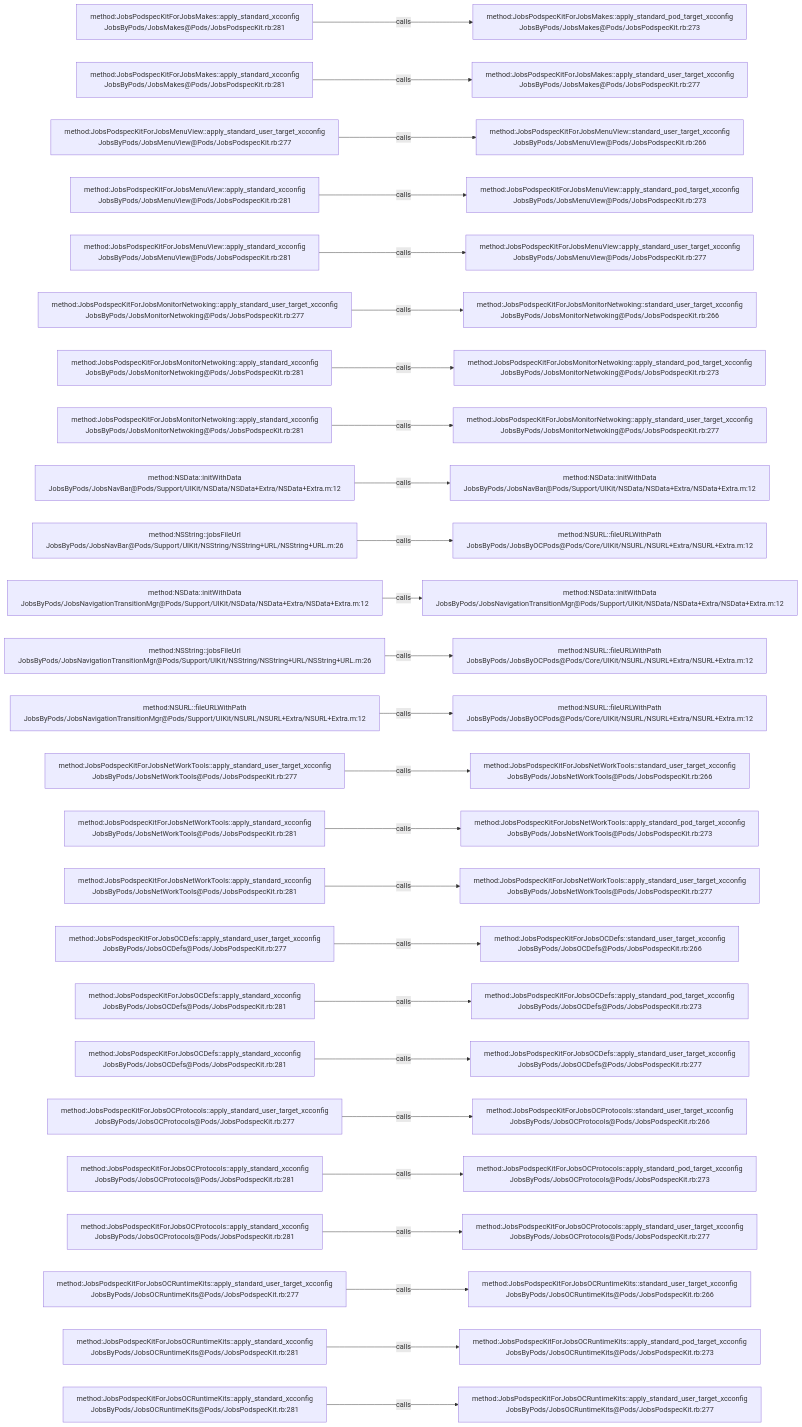
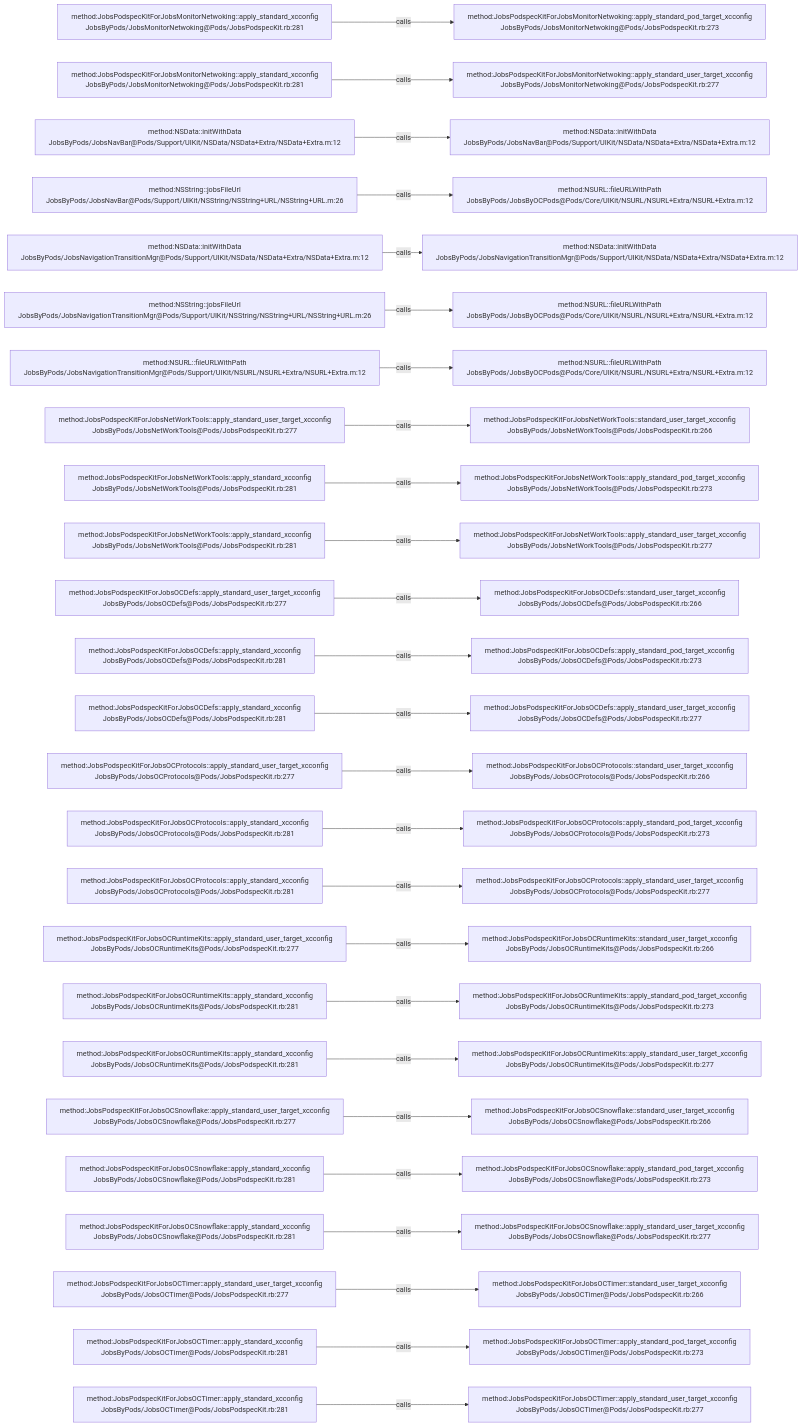
The diagram in .codegraph/codegraph.md/graphs/calls-006.md (JobsKits/JobsOCBaseConfigDemo), drawn with Mermaid before and after one commit. The commit also changed 666 other files, not shown here.

````diff
--- a/.codegraph/codegraph.md/graphs/calls-006.md
+++ b/.codegraph/codegraph.md/graphs/calls-006.md
@@ -13,78 +13,78 @@
 ```mermaid
 flowchart LR
-  S1["method:JobsPodspecKitForJobsMakes::apply_standard_xcconfig<br/>JobsByPods/JobsMakes@Pods/JobsPodspecKit.rb:281"]
-  T1["method:JobsPodspecKitForJobsMakes::apply_standard_pod_target_xcconfig<br/>JobsByPods/JobsMakes@Pods/JobsPodspecKit.rb:273"]
+  S1["method:JobsPodspecKitForJobsMonitorNetwoking::apply_standard_xcconfig<br/>JobsByPods/JobsMonitorNetwoking@Pods/JobsPodspecKit.rb:281"]
+  T1["method:JobsPodspecKitForJobsMonitorNetwoking::apply_standard_pod_target_xcconfig<br/>JobsByPods/JobsMonitorNetwoking@Pods/JobsPodspecKit.rb:273"]
   S1 -->|calls| T1
-  S2["method:JobsPodspecKitForJobsMakes::apply_standard_xcconfig<br/>JobsByPods/JobsMakes@Pods/JobsPodspecKit.rb:281"]
-  T2["method:JobsPodspecKitForJobsMakes::apply_standard_user_target_xcconfig<br/>JobsByPods/JobsMakes@Pods/JobsPodspecKit.rb:277"]
+  S2["method:JobsPodspecKitForJobsMonitorNetwoking::apply_standard_xcconfig<br/>JobsByPods/JobsMonitorNetwoking@Pods/JobsPodspecKit.rb:281"]
+  T2["method:JobsPodspecKitForJobsMonitorNetwoking::apply_standard_user_target_xcconfig<br/>JobsByPods/JobsMonitorNetwoking@Pods/JobsPodspecKit.rb:277"]
   S2 -->|calls| T2
-  S3["method:JobsPodspecKitForJobsMenuView::apply_standard_user_target_xcconfig<br/>JobsByPods/JobsMenuView@Pods/JobsPodspecKit.rb:277"]
-  T3["method:JobsPodspecKitForJobsMenuView::standard_user_target_xcconfig<br/>JobsByPods/JobsMenuView@Pods/JobsPodspecKit.rb:266"]
+  S3["method:NSData::initWithData<br/>JobsByPods/JobsNavBar@Pods/Support/UIKit/NSData/NSData+Extra/NSData+Extra.m:12"]
+  T3["method:NSData::initWithData<br/>JobsByPods/JobsNavBar@Pods/Support/UIKit/NSData/NSData+Extra/NSData+Extra.m:12"]
   S3 -->|calls| T3
-  S4["method:JobsPodspecKitForJobsMenuView::apply_standard_xcconfig<br/>JobsByPods/JobsMenuView@Pods/JobsPodspecKit.rb:281"]
-  T4["method:JobsPodspecKitForJobsMenuView::apply_standard_pod_target_xcconfig<br/>JobsByPods/JobsMenuView@Pods/JobsPodspecKit.rb:273"]
+  S4["method:NSString::jobsFileUrl<br/>JobsByPods/JobsNavBar@Pods/Support/UIKit/NSString/NSString+URL/NSString+URL.m:26"]
+  T4["method:NSURL::fileURLWithPath<br/>JobsByPods/JobsByOCPods@Pods/Core/UIKit/NSURL/NSURL+Extra/NSURL+Extra.m:12"]
   S4 -->|calls| T4
-  S5["method:JobsPodspecKitForJobsMenuView::apply_standard_xcconfig<br/>JobsByPods/JobsMenuView@Pods/JobsPodspecKit.rb:281"]
-  T5["method:JobsPodspecKitForJobsMenuView::apply_standard_user_target_xcconfig<br/>JobsByPods/JobsMenuView@Pods/JobsPodspecKit.rb:277"]
+  S5["method:NSData::initWithData<br/>JobsByPods/JobsNavigationTransitionMgr@Pods/Support/UIKit/NSData/NSData+Extra/NSData+Extra.m:12"]
+  T5["method:NSData::initWithData<br/>JobsByPods/JobsNavigationTransitionMgr@Pods/Support/UIKit/NSData/NSData+Extra/NSData+Extra.m:12"]
   S5 -->|calls| T5
-  S6["method:JobsPodspecKitForJobsMonitorNetwoking::apply_standard_user_target_xcconfig<br/>JobsByPods/JobsMonitorNetwoking@Pods/JobsPodspecKit.rb:277"]
-  T6["method:JobsPodspecKitForJobsMonitorNetwoking::standard_user_target_xcconfig<br/>JobsByPods/JobsMonitorNetwoking@Pods/JobsPodspecKit.rb:266"]
+  S6["method:NSString::jobsFileUrl<br/>JobsByPods/JobsNavigationTransitionMgr@Pods/Support/UIKit/NSString/NSString+URL/NSString+URL.m:26"]
+  T6["method:NSURL::fileURLWithPath<br/>JobsByPods/JobsByOCPods@Pods/Core/UIKit/NSURL/NSURL+Extra/NSURL+Extra.m:12"]
   S6 -->|calls| T6
-  S7["method:JobsPodspecKitForJobsMonitorNetwoking::apply_standard_xcconfig<br/>JobsByPods/JobsMonitorNetwoking@Pods/JobsPodspecKit.rb:281"]
-  T7["method:JobsPodspecKitForJobsMonitorNetwoking::apply_standard_pod_target_xcconfig<br/>JobsByPods/JobsMonitorNetwoking@Pods/JobsPodspecKit.rb:273"]
+  S7["method:NSURL::fileURLWithPath<br/>JobsByPods/JobsNavigationTransitionMgr@Pods/Support/UIKit/NSURL/NSURL+Extra/NSURL+Extra.m:12"]
+  T7["method:NSURL::fileURLWithPath<br/>JobsByPods/JobsByOCPods@Pods/Core/UIKit/NSURL/NSURL+Extra/NSURL+Extra.m:12"]
   S7 -->|calls| T7
-  S8["method:JobsPodspecKitForJobsMonitorNetwoking::apply_standard_xcconfig<br/>JobsByPods/JobsMonitorNetwoking@Pods/JobsPodspecKit.rb:281"]
-  T8["method:JobsPodspecKitForJobsMonitorNetwoking::apply_standard_user_target_xcconfig<br/>JobsByPods/JobsMonitorNetwoking@Pods/JobsPodspecKit.rb:277"]
+  S8["method:JobsPodspecKitForJobsNetWorkTools::apply_standard_user_target_xcconfig<br/>JobsByPods/JobsNetWorkTools@Pods/JobsPodspecKit.rb:277"]
+  T8["method:JobsPodspecKitForJobsNetWorkTools::standard_user_target_xcconfig<br/>JobsByPods/JobsNetWorkTools@Pods/JobsPodspecKit.rb:266"]
   S8 -->|calls| T8
-  S9["method:NSData::initWithData<br/>JobsByPods/JobsNavBar@Pods/Support/UIKit/NSData/NSData+Extra/NSData+Extra.m:12"]
-  T9["method:NSData::initWithData<br/>JobsByPods/JobsNavBar@Pods/Support/UIKit/NSData/NSData+Extra/NSData+Extra.m:12"]
+  S9["method:JobsPodspecKitForJobsNetWorkTools::apply_standard_xcconfig<br/>JobsByPods/JobsNetWorkTools@Pods/JobsPodspecKit.rb:281"]
+  T9["method:JobsPodspecKitForJobsNetWorkTools::apply_standard_pod_target_xcconfig<br/>JobsByPods/JobsNetWorkTools@Pods/JobsPodspecKit.rb:273"]
   S9 -->|calls| T9
-  S10["method:NSString::jobsFileUrl<br/>JobsByPods/JobsNavBar@Pods/Support/UIKit/NSString/NSString+URL/NSString+URL.m:26"]
-  T10["method:NSURL::fileURLWithPath<br/>JobsByPods/JobsByOCPods@Pods/Core/UIKit/NSURL/NSURL+Extra/NSURL+Extra.m:12"]
+  S10["method:JobsPodspecKitForJobsNetWorkTools::apply_standard_xcconfig<br/>JobsByPods/JobsNetWorkTools@Pods/JobsPodspecKit.rb:281"]
+  T10["method:JobsPodspecKitForJobsNetWorkTools::apply_standard_user_target_xcconfig<br/>JobsByPods/JobsNetWorkTools@Pods/JobsPodspecKit.rb:277"]
   S10 -->|calls| T10
-  S11["method:NSData::initWithData<br/>JobsByPods/JobsNavigationTransitionMgr@Pods/Support/UIKit/NSData/NSData+Extra/NSData+Extra.m:12"]
-  T11["method:NSData::initWithData<br/>JobsByPods/JobsNavigationTransitionMgr@Pods/Support/UIKit/NSData/NSData+Extra/NSData+Extra.m:12"]
+  S11["method:JobsPodspecKitForJobsOCDefs::apply_standard_user_target_xcconfig<br/>JobsByPods/JobsOCDefs@Pods/JobsPodspecKit.rb:277"]
+  T11["method:JobsPodspecKitForJobsOCDefs::standard_user_target_xcconfig<br/>JobsByPods/JobsOCDefs@Pods/JobsPodspecKit.rb:266"]
   S11 -->|calls| T11
-  S12["method:NSString::jobsFileUrl<br/>JobsByPods/JobsNavigationTransitionMgr@Pods/Support/UIKit/NSString/NSString+URL/NSString+URL.m:26"]
-  T12["method:NSURL::fileURLWithPath<br/>JobsByPods/JobsByOCPods@Pods/Core/UIKit/NSURL/NSURL+Extra/NSURL+Extra.m:12"]
+  S12["method:JobsPodspecKitForJobsOCDefs::apply_standard_xcconfig<br/>JobsByPods/JobsOCDefs@Pods/JobsPodspecKit.rb:281"]
+  T12["method:JobsPodspecKitForJobsOCDefs::apply_standard_pod_target_xcconfig<br/>JobsByPods/JobsOCDefs@Pods/JobsPodspecKit.rb:273"]
   S12 -->|calls| T12
-  S13["method:NSURL::fileURLWithPath<br/>JobsByPods/JobsNavigationTransitionMgr@Pods/Support/UIKit/NSURL/NSURL+Extra/NSURL+Extra.m:12"]
-  T13["method:NSURL::fileURLWithPath<br/>JobsByPods/JobsByOCPods@Pods/Core/UIKit/NSURL/NSURL+Extra/NSURL+Extra.m:12"]
+  S13["method:JobsPodspecKitForJobsOCDefs::apply_standard_xcconfig<br/>JobsByPods/JobsOCDefs@Pods/JobsPodspecKit.rb:281"]
+  T13["method:JobsPodspecKitForJobsOCDefs::apply_standard_user_target_xcconfig<br/>JobsByPods/JobsOCDefs@Pods/JobsPodspecKit.rb:277"]
   S13 -->|calls| T13
-  S14["method:JobsPodspecKitForJobsNetWorkTools::apply_standard_user_target_xcconfig<br/>JobsByPods/JobsNetWorkTools@Pods/JobsPodspecKit.rb:277"]
-  T14["method:JobsPodspecKitForJobsNetWorkTools::standard_user_target_xcconfig<br/>JobsByPods/JobsNetWorkTools@Pods/JobsPodspecKit.rb:266"]
+  S14["method:JobsPodspecKitForJobsOCProtocols::apply_standard_user_target_xcconfig<br/>JobsByPods/JobsOCProtocols@Pods/JobsPodspecKit.rb:277"]
+  T14["method:JobsPodspecKitForJobsOCProtocols::standard_user_target_xcconfig<br/>JobsByPods/JobsOCProtocols@Pods/JobsPodspecKit.rb:266"]
   S14 -->|calls| T14
-  S15["method:JobsPodspecKitForJobsNetWorkTools::apply_standard_xcconfig<br/>JobsByPods/JobsNetWorkTools@Pods/JobsPodspecKit.rb:281"]
-  T15["method:JobsPodspecKitForJobsNetWorkTools::apply_standard_pod_target_xcconfig<br/>JobsByPods/JobsNetWorkTools@Pods/JobsPodspecKit.rb:273"]
+  S15["method:JobsPodspecKitForJobsOCProtocols::apply_standard_xcconfig<br/>JobsByPods/JobsOCProtocols@Pods/JobsPodspecKit.rb:281"]
+  T15["method:JobsPodspecKitForJobsOCProtocols::apply_standard_pod_target_xcconfig<br/>JobsByPods/JobsOCProtocols@Pods/JobsPodspecKit.rb:273"]
   S15 -->|calls| T15
-  S16["method:JobsPodspecKitForJobsNetWorkTools::apply_standard_xcconfig<br/>JobsByPods/JobsNetWorkTools@Pods/JobsPodspecKit.rb:281"]
-  T16["method:JobsPodspecKitForJobsNetWorkTools::apply_standard_user_target_xcconfig<br/>JobsByPods/JobsNetWorkTools@Pods/JobsPodspecKit.rb:277"]
+  S16["method:JobsPodspecKitForJobsOCProtocols::apply_standard_xcconfig<br/>JobsByPods/JobsOCProtocols@Pods/JobsPodspecKit.rb:281"]
+  T16["method:JobsPodspecKitForJobsOCProtocols::apply_standard_user_target_xcconfig<br/>JobsByPods/JobsOCProtocols@Pods/JobsPodspecKit.rb:277"]
   S16 -->|calls| T16
-  S17["method:JobsPodspecKitForJobsOCDefs::apply_standard_user_target_xcconfig<br/>JobsByPods/JobsOCDefs@Pods/JobsPodspecKit.rb:277"]
-  T17["method:JobsPodspecKitForJobsOCDefs::standard_user_target_xcconfig<br/>JobsByPods/JobsOCDefs@Pods/JobsPodspecKit.rb:266"]
+  S17["method:JobsPodspecKitForJobsOCRuntimeKits::apply_standard_user_target_xcconfig<br/>JobsByPods/JobsOCRuntimeKits@Pods/JobsPodspecKit.rb:277"]
+  T17["method:JobsPodspecKitForJobsOCRuntimeKits::standard_user_target_xcconfig<br/>JobsByPods/JobsOCRuntimeKits@Pods/JobsPodspecKit.rb:266"]
   S17 -->|calls| T17
-  S18["method:JobsPodspecKitForJobsOCDefs::apply_standard_xcconfig<br/>JobsByPods/JobsOCDefs@Pods/JobsPodspecKit.rb:281"]
-  T18["method:JobsPodspecKitForJobsOCDefs::apply_standard_pod_target_xcconfig<br/>JobsByPods/JobsOCDefs@Pods/JobsPodspecKit.rb:273"]
+  S18["method:JobsPodspecKitForJobsOCRuntimeKits::apply_standard_xcconfig<br/>JobsByPods/JobsOCRuntimeKits@Pods/JobsPodspecKit.rb:281"]
+  T18["method:JobsPodspecKitForJobsOCRuntimeKits::apply_standard_pod_target_xcconfig<br/>JobsByPods/JobsOCRuntimeKits@Pods/JobsPodspecKit.rb:273"]
   S18 -->|calls| T18
-  S19["method:JobsPodspecKitForJobsOCDefs::apply_standard_xcconfig<br/>JobsByPods/JobsOCDefs@Pods/JobsPodspecKit.rb:281"]
-  T19["method:JobsPodspecKitForJobsOCDefs::apply_standard_user_target_xcconfig<br/>JobsByPods/JobsOCDefs@Pods/JobsPodspecKit.rb:277"]
+  S19["method:JobsPodspecKitForJobsOCRuntimeKits::apply_standard_xcconfig<br/>JobsByPods/JobsOCRuntimeKits@Pods/JobsPodspecKit.rb:281"]
+  T19["method:JobsPodspecKitForJobsOCRuntimeKits::apply_standard_user_target_xcconfig<br/>JobsByPods/JobsOCRuntimeKits@Pods/JobsPodspecKit.rb:277"]
   S19 -->|calls| T19
-  S20["method:JobsPodspecKitForJobsOCProtocols::apply_standard_user_target_xcconfig<br/>JobsByPods/JobsOCProtocols@Pods/JobsPodspecKit.rb:277"]
-  T20["method:JobsPodspecKitForJobsOCProtocols::standard_user_target_xcconfig<br/>JobsByPods/JobsOCProtocols@Pods/JobsPodspecKit.rb:266"]
+  S20["method:JobsPodspecKitForJobsOCSnowflake::apply_standard_user_target_xcconfig<br/>JobsByPods/JobsOCSnowflake@Pods/JobsPodspecKit.rb:277"]
+  T20["method:JobsPodspecKitForJobsOCSnowflake::standard_user_target_xcconfig<br/>JobsByPods/JobsOCSnowflake@Pods/JobsPodspecKit.rb:266"]
   S20 -->|calls| T20
-  S21["method:JobsPodspecKitForJobsOCProtocols::apply_standard_xcconfig<br/>JobsByPods/JobsOCProtocols@Pods/JobsPodspecKit.rb:281"]
-  T21["method:JobsPodspecKitForJobsOCProtocols::apply_standard_pod_target_xcconfig<br/>JobsByPods/JobsOCProtocols@Pods/JobsPodspecKit.rb:273"]
+  S21["method:JobsPodspecKitForJobsOCSnowflake::apply_standard_xcconfig<br/>JobsByPods/JobsOCSnowflake@Pods/JobsPodspecKit.rb:281"]
+  T21["method:JobsPodspecKitForJobsOCSnowflake::apply_standard_pod_target_xcconfig<br/>JobsByPods/JobsOCSnowflake@Pods/JobsPodspecKit.rb:273"]
   S21 -->|calls| T21
-  S22["method:JobsPodspecKitForJobsOCProtocols::apply_standard_xcconfig<br/>JobsByPods/JobsOCProtocols@Pods/JobsPodspecKit.rb:281"]
-  T22["method:JobsPodspecKitForJobsOCProtocols::apply_standard_user_target_xcconfig<br/>JobsByPods/JobsOCProtocols@Pods/JobsPodspecKit.rb:277"]
+  S22["method:JobsPodspecKitForJobsOCSnowflake::apply_standard_xcconfig<br/>JobsByPods/JobsOCSnowflake@Pods/JobsPodspecKit.rb:281"]
+  T22["method:JobsPodspecKitForJobsOCSnowflake::apply_standard_user_target_xcconfig<br/>JobsByPods/JobsOCSnowflake@Pods/JobsPodspecKit.rb:277"]
   S22 -->|calls| T22
-  S23["method:JobsPodspecKitForJobsOCRuntimeKits::apply_standard_user_target_xcconfig<br/>JobsByPods/JobsOCRuntimeKits@Pods/JobsPodspecKit.rb:277"]
-  T23["method:JobsPodspecKitForJobsOCRuntimeKits::standard_user_target_xcconfig<br/>JobsByPods/JobsOCRuntimeKits@Pods/JobsPodspecKit.rb:266"]
+  S23["method:JobsPodspecKitForJobsOCTimer::apply_standard_user_target_xcconfig<br/>JobsByPods/JobsOCTimer@Pods/JobsPodspecKit.rb:277"]
+  T23["method:JobsPodspecKitForJobsOCTimer::standard_user_target_xcconfig<br/>JobsByPods/JobsOCTimer@Pods/JobsPodspecKit.rb:266"]
   S23 -->|calls| T23
-  S24["method:JobsPodspecKitForJobsOCRuntimeKits::apply_standard_xcconfig<br/>JobsByPods/JobsOCRuntimeKits@Pods/JobsPodspecKit.rb:281"]
-  T24["method:JobsPodspecKitForJobsOCRuntimeKits::apply_standard_pod_target_xcconfig<br/>JobsByPods/JobsOCRuntimeKits@Pods/JobsPodspecKit.rb:273"]
+  S24["method:JobsPodspecKitForJobsOCTimer::apply_standard_xcconfig<br/>JobsByPods/JobsOCTimer@Pods/JobsPodspecKit.rb:281"]
+  T24["method:JobsPodspecKitForJobsOCTimer::apply_standard_pod_target_xcconfig<br/>JobsByPods/JobsOCTimer@Pods/JobsPodspecKit.rb:273"]
   S24 -->|calls| T24
-  S25["method:JobsPodspecKitForJobsOCRuntimeKits::apply_standard_xcconfig<br/>JobsByPods/JobsOCRuntimeKits@Pods/JobsPodspecKit.rb:281"]
-  T25["method:JobsPodspecKitForJobsOCRuntimeKits::apply_standard_user_target_xcconfig<br/>JobsByPods/JobsOCRuntimeKits@Pods/JobsPodspecKit.rb:277"]
+  S25["method:JobsPodspecKitForJobsOCTimer::apply_standard_xcconfig<br/>JobsByPods/JobsOCTimer@Pods/JobsPodspecKit.rb:281"]
+  T25["method:JobsPodspecKitForJobsOCTimer::apply_standard_user_target_xcconfig<br/>JobsByPods/JobsOCTimer@Pods/JobsPodspecKit.rb:277"]
   S25 -->|calls| T25
 ```
````
